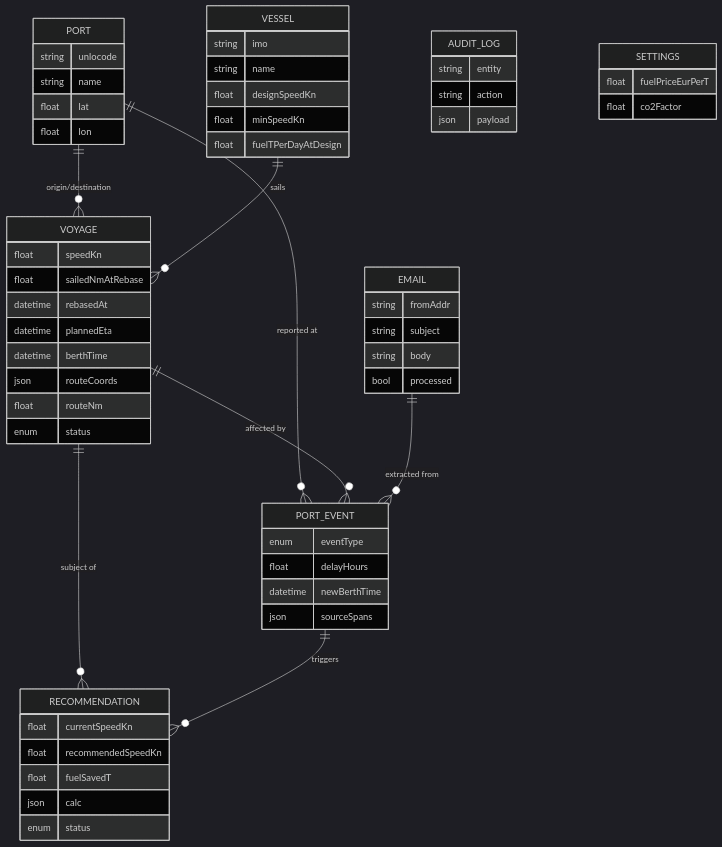
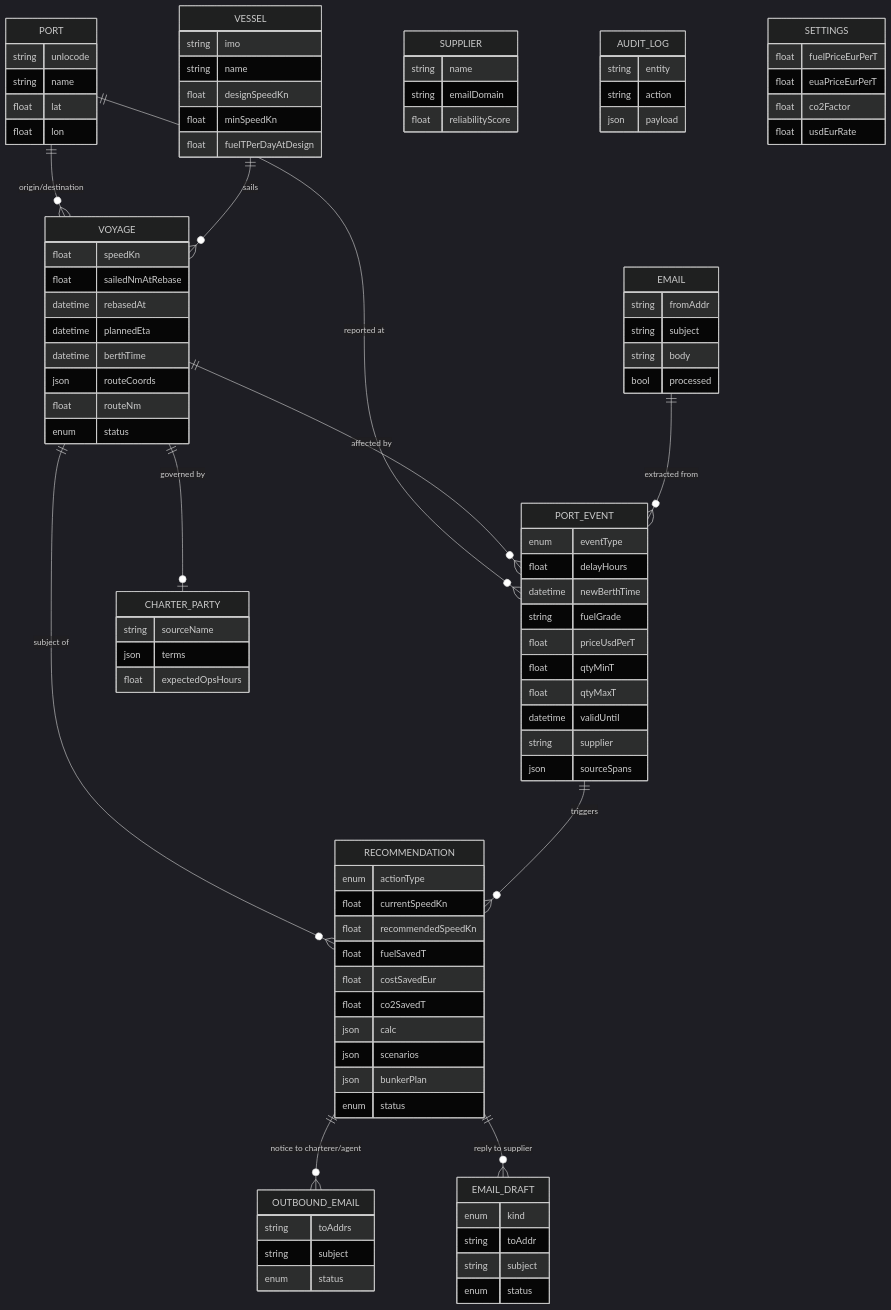
Before and after one commit to netcompany-hack-2026-overflow/maritime-assistant-v2: the second of 2 diagrams in README.md, drawn with Mermaid (dark theme). The commit also changed other lines of this file, not shown here.

````diff
--- a/README.md
+++ b/README.md
@@ -425,6 +515,9 @@
     VOYAGE ||--o{ RECOMMENDATION : "subject of"
     EMAIL ||--o{ PORT_EVENT : "extracted from"
     PORT_EVENT ||--o{ RECOMMENDATION : "triggers"
+    VOYAGE ||--o| CHARTER_PARTY : "governed by"
+    RECOMMENDATION ||--o{ OUTBOUND_EMAIL : "notice to charterer/agent"
+    RECOMMENDATION ||--o{ EMAIL_DRAFT : "reply to supplier"
 
     PORT {
         string unlocode
@@ -459,14 +552,46 @@
         enum eventType
         float delayHours
         datetime newBerthTime
+        string fuelGrade
+        float priceUsdPerT
+        float qtyMinT
+        float qtyMaxT
+        datetime validUntil
+        string supplier
         json sourceSpans
     }
     RECOMMENDATION {
+        enum actionType
         float currentSpeedKn
         float recommendedSpeedKn
         float fuelSavedT
+        float costSavedEur
+        float co2SavedT
         json calc
+        json scenarios
+        json bunkerPlan
         enum status
+    }
+    CHARTER_PARTY {
+        string sourceName
+        json terms
+        float expectedOpsHours
+    }
+    OUTBOUND_EMAIL {
+        string toAddrs
+        string subject
+        enum status
+    }
+    EMAIL_DRAFT {
+        enum kind
+        string toAddr
+        string subject
+        enum status
+    }
+    SUPPLIER {
+        string name
+        string emailDomain
+        float reliabilityScore
     }
     AUDIT_LOG {
         string entity
@@ -475,6 +600,8 @@
     }
     SETTINGS {
         float fuelPriceEurPerT
+        float euaPriceEurPerT
         float co2Factor
+        float usdEurRate
     }
 ```
````
